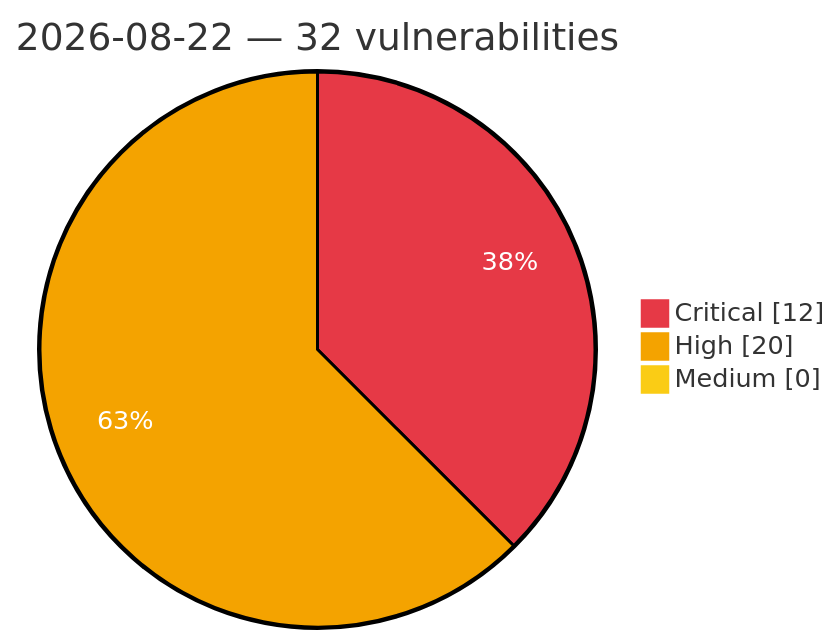
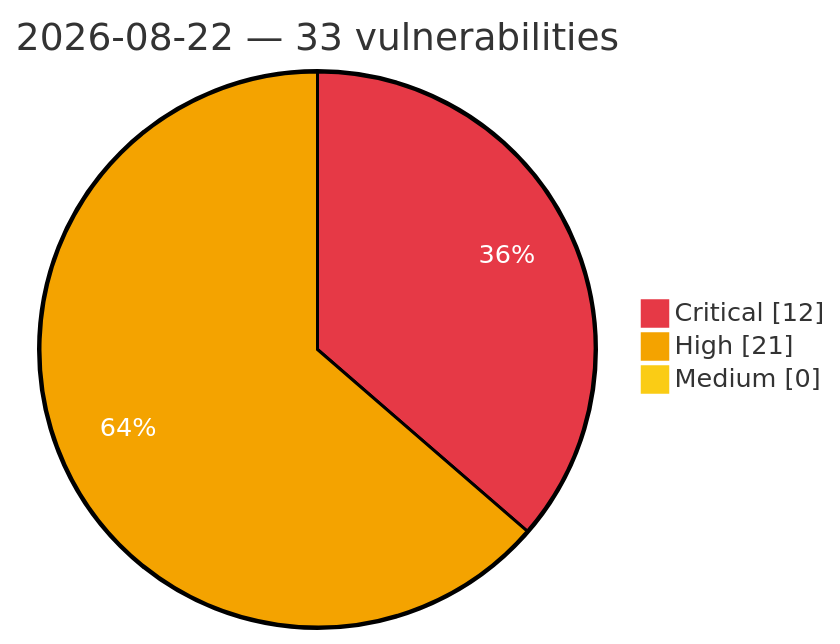
One commit to GhostX0X/vuln-tracker changed the diagram in vulnerabilities/2026/August/2026-08-22.md. Above: the diagram before and after it, drawn with Mermaid. The commit also changed other lines of this file and 5 other files, not shown here.

````diff
--- a/vulnerabilities/2026/August/2026-08-22.md
+++ b/vulnerabilities/2026/August/2026-08-22.md
@@ -3,8 +3,8 @@
 ```mermaid
 %%{init: {'theme':'base', 'themeVariables': {'pie1':'#e63946', 'pie2':'#f4a300', 'pie3':'#facc15', 'pieOpacity':'1', 'pieOuterStrokeWidth':'2px', 'pieSectionTextColor':'#ffffff'}}}%%
 pie showData
-    title 2026-08-22 — 32 vulnerabilities
+    title 2026-08-22 — 33 vulnerabilities
     "Critical" : 12
-    "High" : 20
+    "High" : 21
     "Medium" : 0
 ```
````
